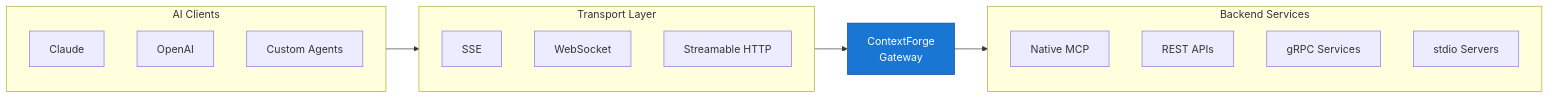
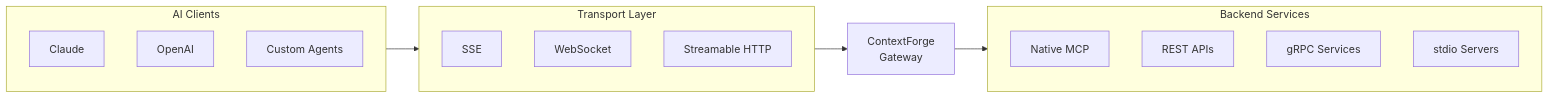
One commit to tedhabeck/mcp-context-forge changed the third of 5 diagrams in docs/docs/best-practices/selecting-an-mcp-gateway.md. Above: the diagram before and after it, drawn with Mermaid. The commit also changed other lines of this file and 147 other files, not shown here.

First line of the commit message:
docs: refresh docs formatting, links, and diagrams (#2624)

````diff
--- a/docs/docs/best-practices/selecting-an-mcp-gateway.md
+++ b/docs/docs/best-practices/selecting-an-mcp-gateway.md
@@ -204,28 +201,26 @@
 ```mermaid
 flowchart LR
     subgraph clients["AI Clients"]
         claude["Claude"]
         openai["OpenAI"]
         custom["Custom Agents"]
     end
 
     subgraph transports["Transport Layer"]
         sse["SSE"]
         ws["WebSocket"]
         http["Streamable HTTP"]
     end
 
     gateway["ContextForge<br>Gateway"]
 
     subgraph backends["Backend Services"]
         mcp["Native MCP"]
         rest["REST APIs"]
         grpc["gRPC Services"]
         stdio["stdio Servers"]
     end
 
     clients --> transports --> gateway
     gateway --> backends
-
-    style gateway fill:#1976d2,stroke:#0d47a1,color:#fff
 ```
````
